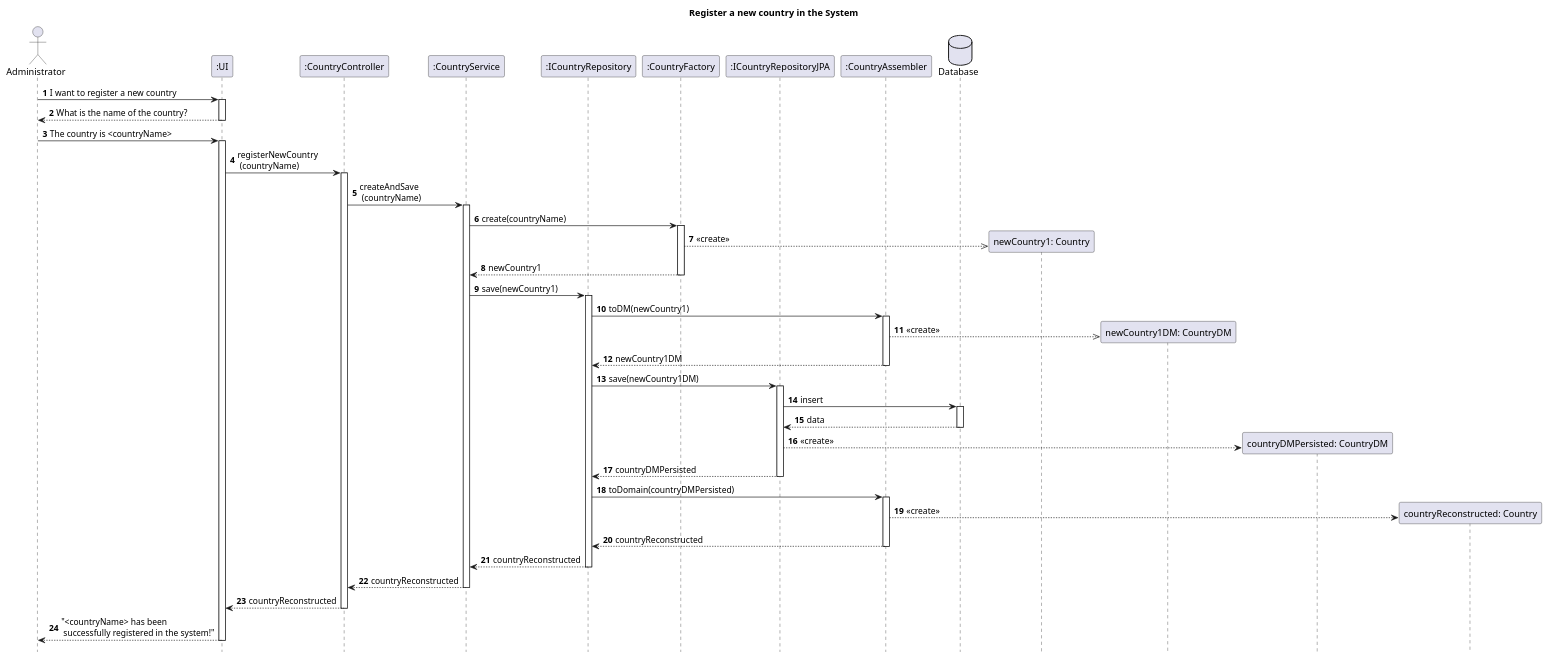
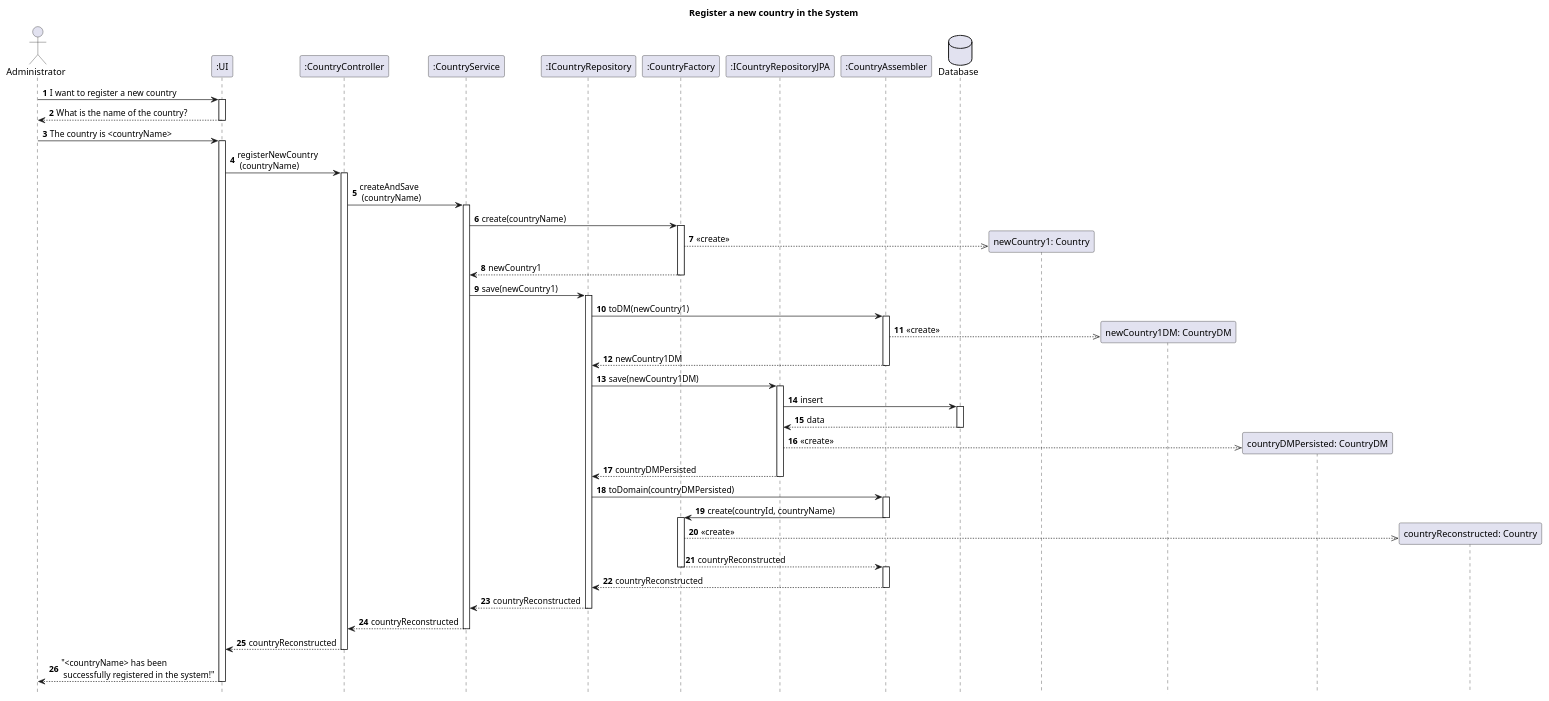
One commit to AndrePereiraGitH/SWitCH-Project-Team_A changed the diagram in Diagrams/SequenceDiagrams/N2/To-register-a-new-country-in-the-system.puml. Above: the diagram before and after it, drawn with PlantUML.

Commit message:
Working on #737: changes made according to reviewers comments

```diff
--- a/Diagrams/SequenceDiagrams/N2/To-register-a-new-country-in-the-system.puml
+++ b/Diagrams/SequenceDiagrams/N2/To-register-a-new-country-in-the-system.puml
@@ -1,83 +1,89 @@
 @startuml
 
 footbox off
 
 title Register a new country in the System
 
 
 actor Administrator
 participant ":UI" as UI
 
 autonumber
 
 
 participant ":CountryController" as CountryController
 participant ":CountryService" as CountryService
 participant ":ICountryRepository" as ICountryRepository
 participant ":CountryFactory" as CountryFactory
 participant ":ICountryRepositoryJPA" as JPA
 participant ":CountryAssembler" as Assembler
 database "Database" as DB
 
 
 Administrator -> UI : I want to register a new country
 activate UI
 UI --> Administrator : What is the name of the country?
 deactivate UI
 
 Administrator -> UI : The country is <countryName>
 activate UI
 
 UI -> CountryController : registerNewCountry\n (countryName)
 activate CountryController
 
 
 CountryController -> CountryService : createAndSave\n (countryName)
 
 activate CountryService
 CountryService -> CountryFactory : create(countryName)
 
 activate CountryFactory
 create participant "newCountry1: Country" as Country
 CountryFactory -->> Country : «create»
 CountryFactory --> CountryService : newCountry1
 deactivate CountryFactory
 
 CountryService -> ICountryRepository : save(newCountry1)
 activate ICountryRepository
 ICountryRepository -> Assembler : toDM(newCountry1)
 activate Assembler
 create participant "newCountry1DM: CountryDM" as CountryDM
 Assembler -->> CountryDM : «create»
 Assembler --> ICountryRepository : newCountry1DM
 
 deactivate Assembler
 ICountryRepository -> JPA : save(newCountry1DM)
 activate JPA
 
 JPA -> DB : insert
 activate DB
 DB --> JPA : data
 deactivate DB
 create participant "countryDMPersisted: CountryDM" as CountryDMPersisted
-JPA --> CountryDMPersisted : «create»
+JPA -->> CountryDMPersisted : «create»
 JPA --> ICountryRepository : countryDMPersisted
 deactivate JPA
 ICountryRepository -> Assembler : toDomain(countryDMPersisted)
+activate Assembler
+Assembler -> CountryFactory : create(countryId, countryName)
+deactivate Assembler
 create participant "countryReconstructed: Country" as CountryReconstructed
+activate CountryFactory
+CountryFactory -->> CountryReconstructed : «create»
+CountryFactory --> Assembler : countryReconstructed
+deactivate CountryFactory
 activate Assembler
-Assembler --> CountryReconstructed : «create»
 Assembler --> ICountryRepository : countryReconstructed
 deactivate Assembler
 ICountryRepository --> CountryService : countryReconstructed
 deactivate ICountryRepository
 
 CountryService --> CountryController : countryReconstructed
 deactivate CountryService
 
 CountryController --> UI : countryReconstructed
 deactivate CountryController
 UI --> Administrator : "<countryName> has been\n successfully registered in the system!"
 deactivate UI
 
 @enduml
```
